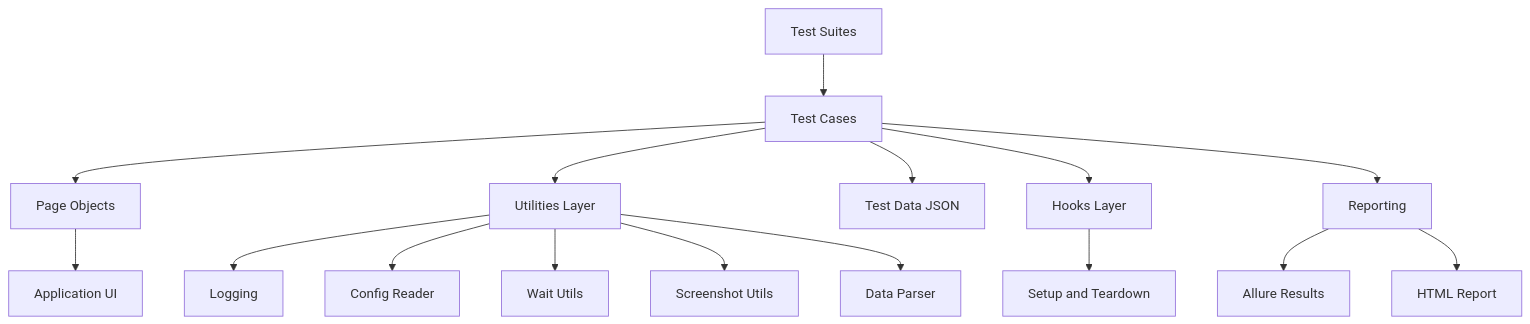
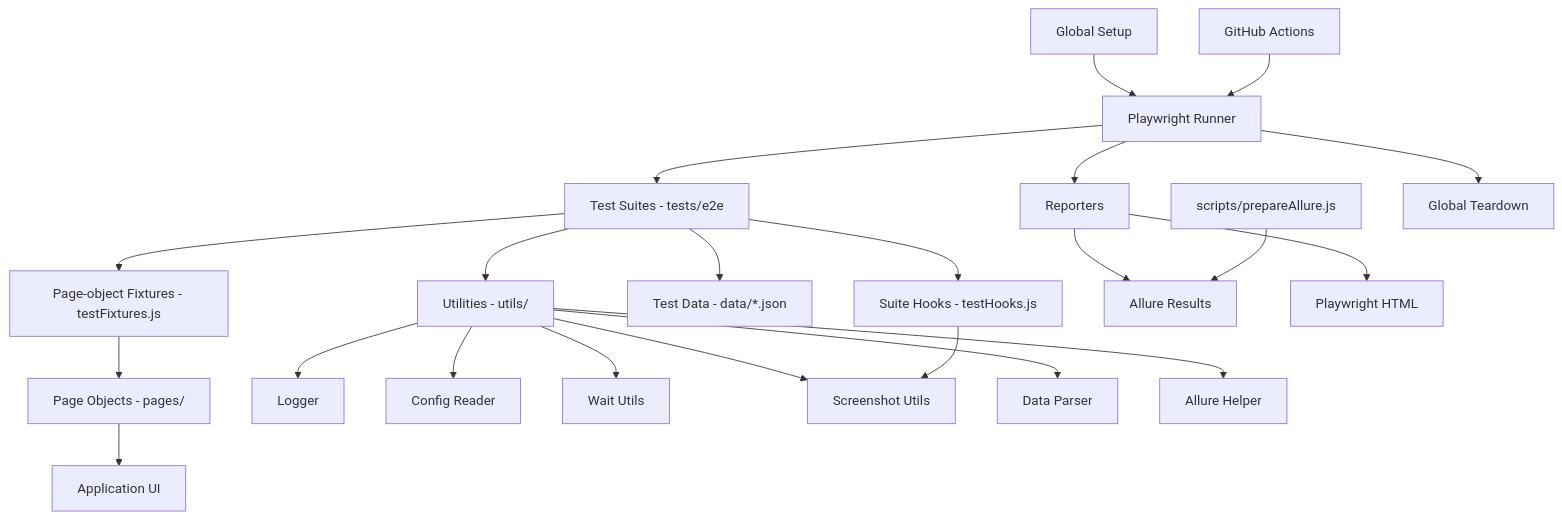
One commit to Alishba-hub/Software-testing-project changed the diagram in docs/ARCHITECTURE.md. Above: the diagram before and after it, drawn with Mermaid. The commit also changed other lines of this file and 26 other files, not shown here.

Commit message:
Framework: POM fixtures, explicit hooks, Allure (steps/screenshots/categories), ESLint/Prettier, CI, docs

````diff
--- a/docs/ARCHITECTURE.md
+++ b/docs/ARCHITECTURE.md
@@ -10,18 +11,24 @@
 ```mermaid
 flowchart TB
-    A[Test Suites] --> B[Test Cases]
-    B --> C[Page Objects]
-    B --> D[Utilities Layer]
-    B --> E[Test Data JSON]
-    B --> F[Hooks Layer]
-    F --> G[Setup and Teardown]
-    C --> H[Application UI]
-    D --> I[Logging]
-    D --> J[Config Reader]
-    D --> K[Wait Utils]
-    D --> L[Screenshot Utils]
-    D --> M[Data Parser]
-    B --> N[Reporting]
-    N --> O[Allure Results]
-    N --> P[HTML Report]
+    GS[Global Setup] --> RUN[Playwright Runner]
+    RUN --> SPEC[Test Suites - tests/e2e]
+    SPEC --> FIX[Page-object Fixtures - testFixtures.js]
+    SPEC --> HOOKS[Suite Hooks - testHooks.js]
+    FIX --> POM[Page Objects - pages/]
+    SPEC --> DATA[Test Data - data/*.json]
+    SPEC --> UTIL[Utilities - utils/]
+    POM --> UI[Application UI]
+    UTIL --> LOG[Logger]
+    UTIL --> CFG[Config Reader]
+    UTIL --> WAIT[Wait Utils]
+    UTIL --> SHOT[Screenshot Utils]
+    UTIL --> PARSE[Data Parser]
+    UTIL --> ALL[Allure Helper]
+    HOOKS --> SHOT
+    RUN --> REP[Reporters]
+    REP --> ALR[Allure Results]
+    REP --> HTML[Playwright HTML]
+    PREP[scripts/prepareAllure.js] --> ALR
+    RUN --> GT[Global Teardown]
+    CI[GitHub Actions] --> RUN
 ```
````
